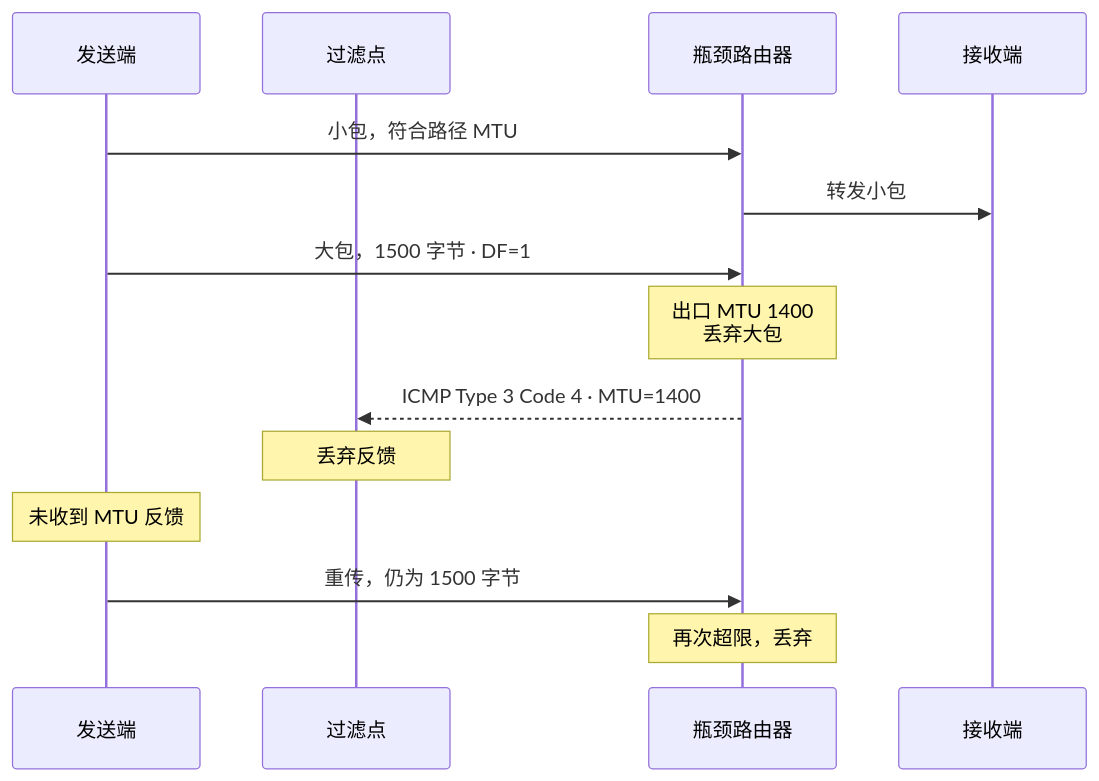
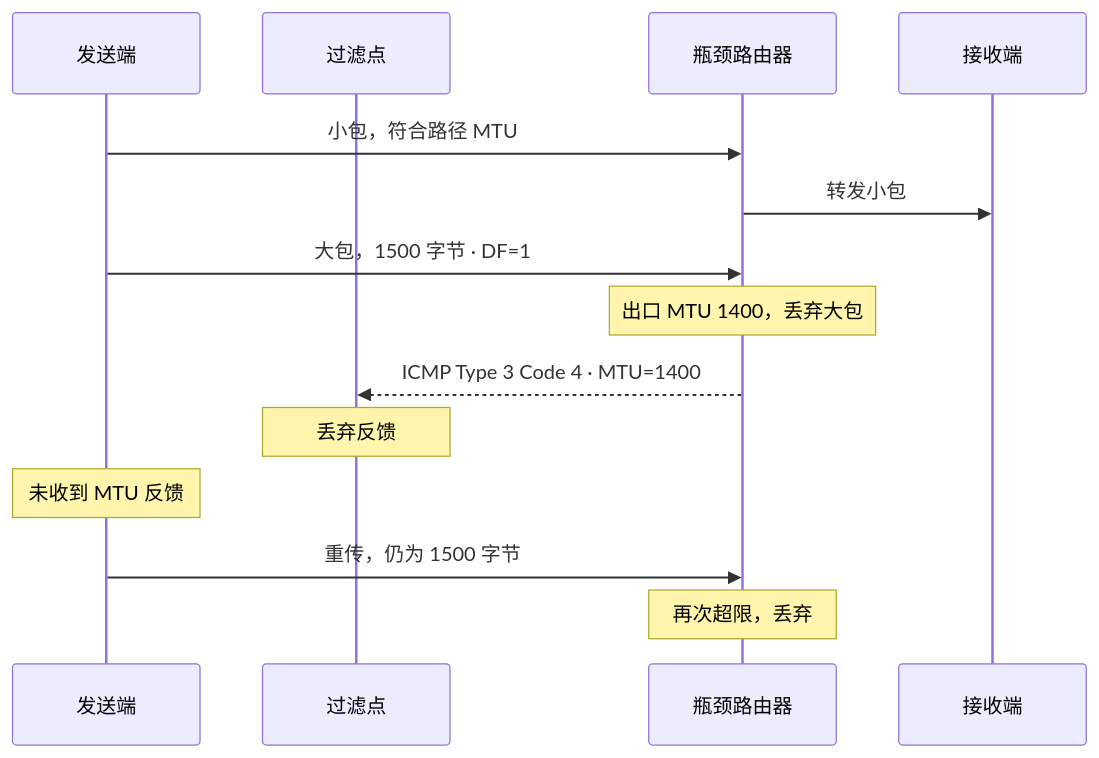
One commit to fordelkon/delkon.us.kg changed the second of 3 diagrams in content/posts/networking/network-diagnostics-performance-troubleshooting.md. Above: the diagram before and after it, drawn with Mermaid. The commit also changed other lines of this file and 8 other files, not shown here.

First line of the commit message:
docs: audit networking series with C17 examples and diagram fixes

````diff
--- a/content/posts/networking/network-diagnostics-performance-troubleshooting.md
+++ b/content/posts/networking/network-diagnostics-performance-troubleshooting.md
@@ -147,16 +154,16 @@
 ```mermaid title="PMTUD 黑洞：数据和反馈分别在哪里丢失" description="IPv4 小包先成功通过。路径上的瓶颈接口 MTU 为 1400 字节，路由器丢弃 1500 字节的 DF 包。返回的 ICMP 在过滤点终止。发送端未获知较小的 MTU，若没有有效回退，重传仍可能超限。箭头表示交换顺序，间距不表示耗时。"
 sequenceDiagram
  participant S as 发送端
  participant F as 过滤点
  participant R as 瓶颈路由器
  participant D as 接收端
  S->>R: 小包，符合路径 MTU
  R->>D: 转发小包
  S->>R: 大包，1500 字节 · DF=1
- Note over R: 出口 MTU 1400<br/>丢弃大包
+ Note over R: 出口 MTU 1400，丢弃大包
  R-->>F: ICMP Type 3 Code 4 · MTU=1400
  Note over F: 丢弃反馈
  Note over S: 未收到 MTU 反馈
  S->>R: 重传，仍为 1500 字节
  Note over R: 再次超限，丢弃
 ```
````
